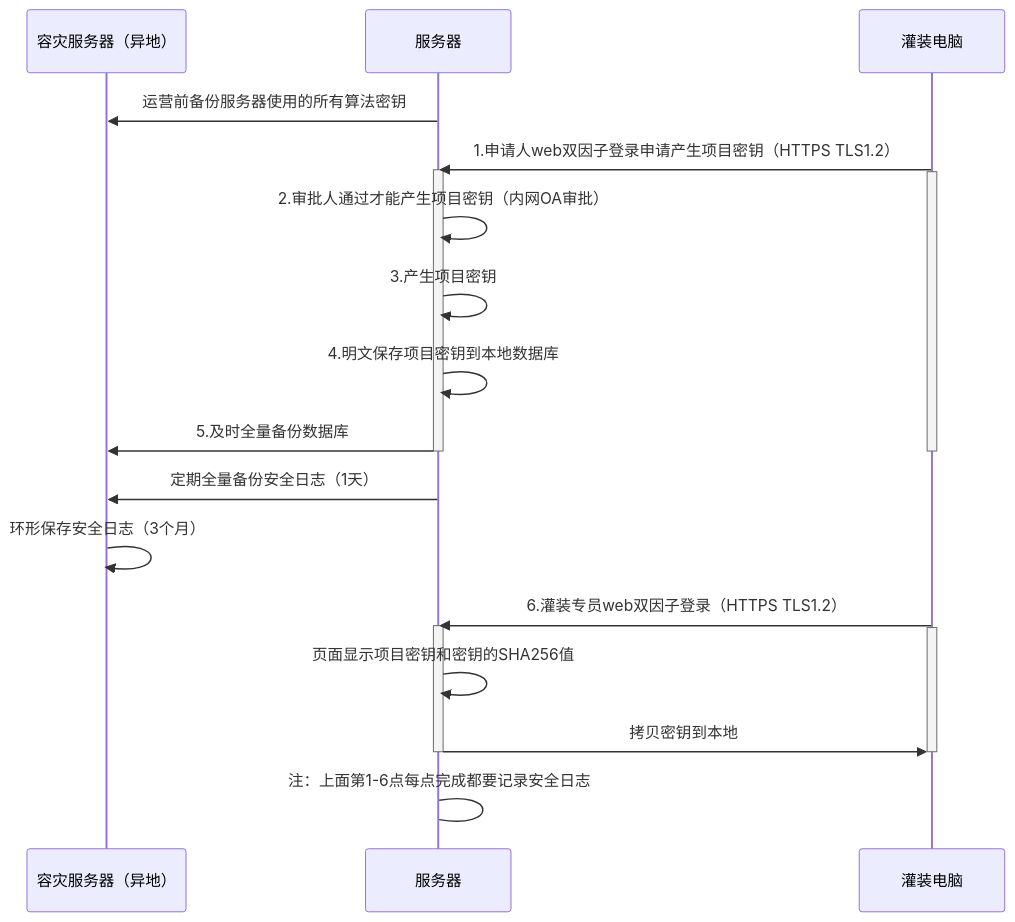
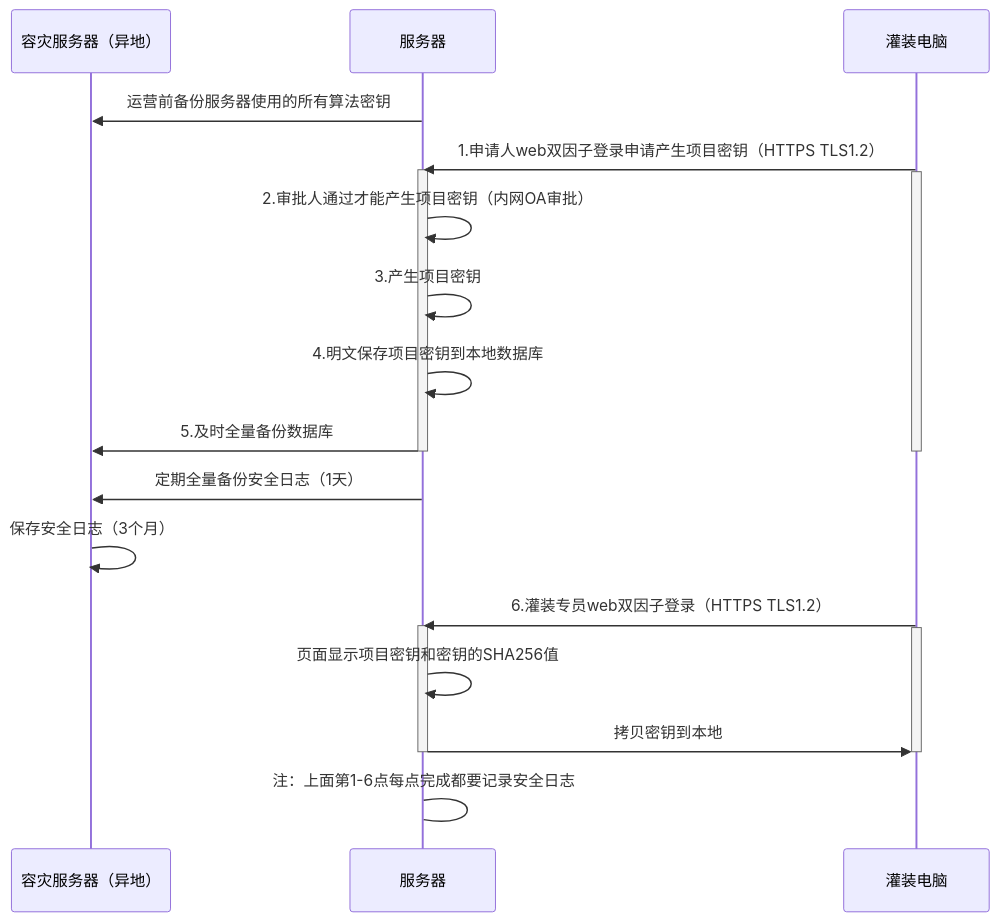
Before and after one commit to facebook-cloud/iodraw-files: the diagram in all/未命名-23.md, drawn with Mermaid.

Commit message:
2026-04-15 16:31:22 update

````diff
--- a/all/未命名-23.md
+++ b/all/未命名-23.md
@@ -1,34 +1,33 @@
 ```mermaid
 sequenceDiagram
     participant A as 容灾服务器（异地）
     participant B as 服务器
     participant D as 灌装电脑
 
     B->>A: 运营前备份服务器使用的所有算法密钥
     D->>B: 1.申请人web双因子登录申请产生项目密钥（HTTPS TLS1.2）
     activate B
     activate D
     B->>B: 2.审批人通过才能产生项目密钥（内网OA审批）
     B->>B: 3.产生项目密钥
     B->>B: 4.明文保存项目密钥到本地数据库
     B->>A: 5.及时全量备份数据库
 
     deactivate B
     deactivate D
 
     B->>A: 定期全量备份安全日志（1天）
-    A->>A: 环形保存安全日志（3个月）
+    A->>A: 保存安全日志（3个月）
     
     D->>B: 6.灌装专员web双因子登录（HTTPS TLS1.2）
     activate B
     activate D
     B->>B: 页面显示项目密钥和密钥的SHA256值
     B->>D: 拷贝密钥到本地
     deactivate B
     deactivate D
     B->B: 注：上面第1-6点每点完成都要记录安全日志
 
-
     
 
 ```
````
